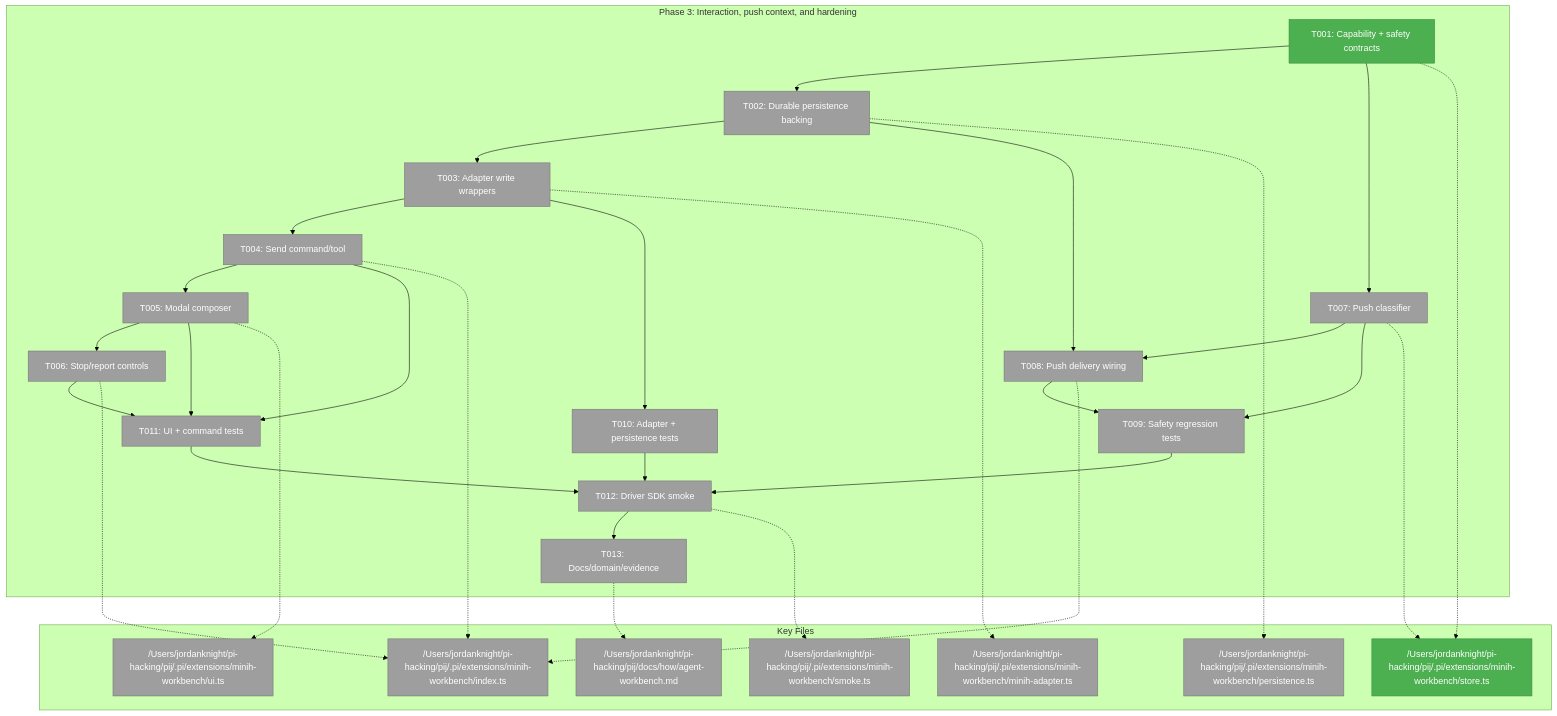
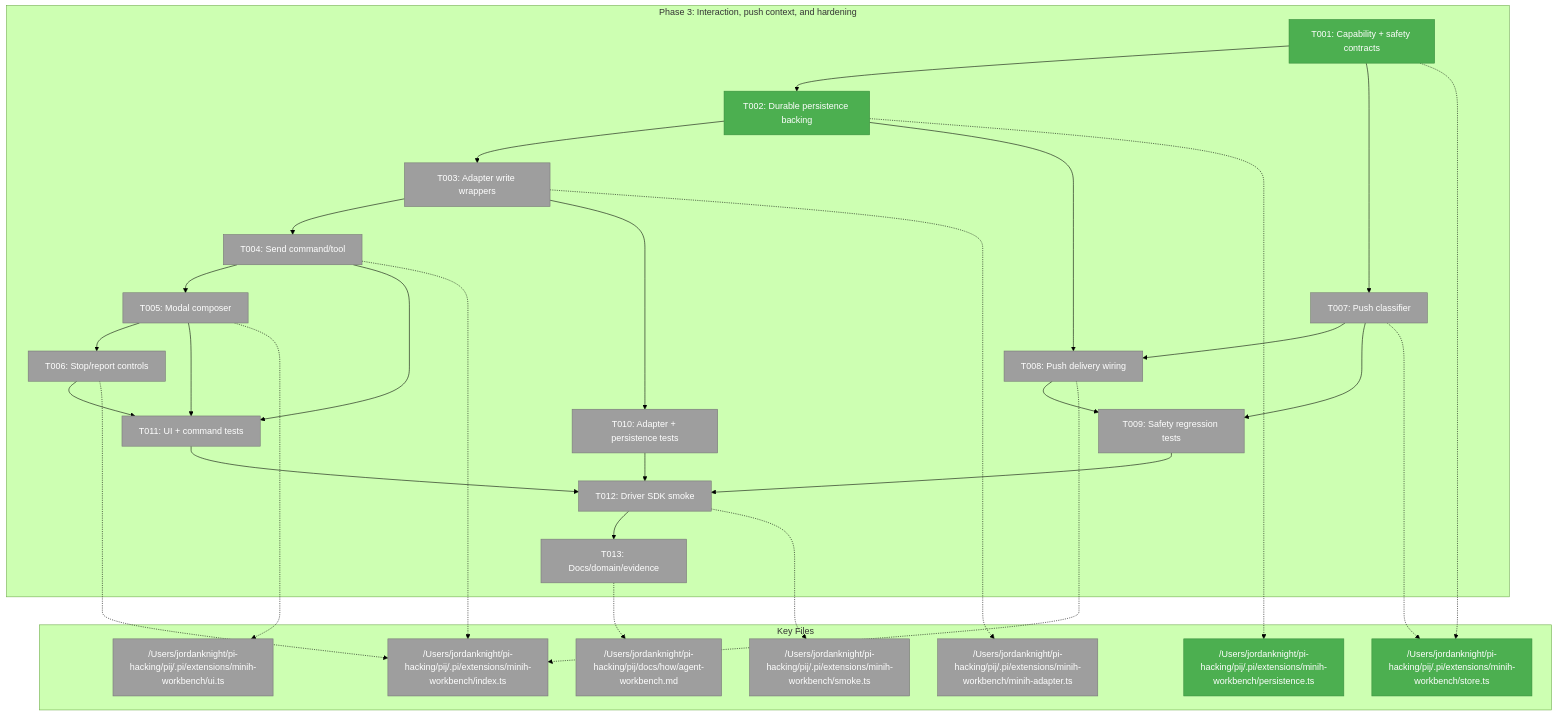
One commit to vaughanknight/pij changed the first of 3 diagrams in docs/plans/007-options-for-pi-extensions-that-do-subagents/tasks/phase-3-interaction-push-context-and-hardening/tasks.md. Above: the diagram before and after it, drawn with Mermaid (forest theme). The commit also changed other lines of this file and 6 other files, not shown here.

Commit message:
feat(minih): persist workbench session state

````diff
--- a/docs/plans/007-options-for-pi-extensions-that-do-subagents/tasks/phase-3-interaction-push-context-and-hardening/tasks.md
+++ b/docs/plans/007-options-for-pi-extensions-that-do-subagents/tasks/phase-3-interaction-push-context-and-hardening/tasks.md
@@ -183,55 +183,55 @@
 ```mermaid
 flowchart TD
     classDef pending fill:#9E9E9E,stroke:#757575,color:#fff
     classDef inprogress fill:#FFC107,stroke:#FFA000,color:#000
     classDef completed fill:#4CAF50,stroke:#388E3C,color:#fff
 
     subgraph Phase["Phase 3: Interaction, push context, and hardening"]
         T001["T001: Capability + safety contracts"]:::completed
-        T002["T002: Durable persistence backing"]:::pending
+        T002["T002: Durable persistence backing"]:::completed
         T003["T003: Adapter write wrappers"]:::pending
         T004["T004: Send command/tool"]:::pending
         T005["T005: Modal composer"]:::pending
         T006["T006: Stop/report controls"]:::pending
         T007["T007: Push classifier"]:::pending
         T008["T008: Push delivery wiring"]:::pending
         T009["T009: Safety regression tests"]:::pending
         T010["T010: Adapter + persistence tests"]:::pending
         T011["T011: UI + command tests"]:::pending
         T012["T012: Driver SDK smoke"]:::pending
         T013["T013: Docs/domain/evidence"]:::pending
         T001 --> T002 --> T003 --> T004 --> T005 --> T006
         T001 --> T007 --> T008
         T002 --> T008
         T003 --> T010
         T004 --> T011
         T005 --> T011
         T006 --> T011
         T007 --> T009
         T008 --> T009
         T009 --> T012 --> T013
         T010 --> T012
         T011 --> T012
     end
 
     subgraph Files["Key Files"]
         F1["/Users/jordanknight/pi-hacking/pij/.pi/extensions/minih-workbench/store.ts"]:::completed
-        F2["/Users/jordanknight/pi-hacking/pij/.pi/extensions/minih-workbench/persistence.ts"]:::pending
+        F2["/Users/jordanknight/pi-hacking/pij/.pi/extensions/minih-workbench/persistence.ts"]:::completed
         F3["/Users/jordanknight/pi-hacking/pij/.pi/extensions/minih-workbench/minih-adapter.ts"]:::pending
         F4["/Users/jordanknight/pi-hacking/pij/.pi/extensions/minih-workbench/index.ts"]:::pending
         F5["/Users/jordanknight/pi-hacking/pij/.pi/extensions/minih-workbench/ui.ts"]:::pending
         F6["/Users/jordanknight/pi-hacking/pij/.pi/extensions/minih-workbench/smoke.ts"]:::pending
         F7["/Users/jordanknight/pi-hacking/pij/docs/how/agent-workbench.md"]:::pending
     end
 
     T001 -.-> F1
     T002 -.-> F2
     T003 -.-> F3
     T004 -.-> F4
     T005 -.-> F5
     T006 -.-> F4
     T007 -.-> F1
     T008 -.-> F4
     T012 -.-> F6
     T013 -.-> F7
 ```
````
